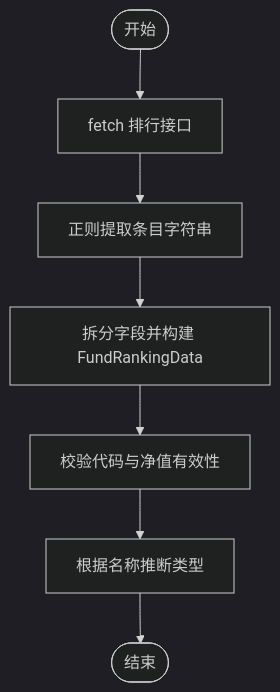
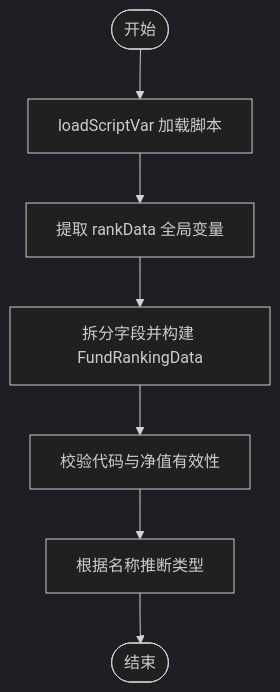
The sixth of 8 diagrams in .qoder/repowiki/zh/content/技术架构/数据流架构/数据转换管道/数据转换管道.md (Neveryu/react-fund), drawn with Mermaid (dark theme) before and after one commit. The commit also changed other lines of this file and 15 other files, not shown here.

````diff
--- a/.qoder/repowiki/zh/content/技术架构/数据流架构/数据转换管道/数据转换管道.md
+++ b/.qoder/repowiki/zh/content/技术架构/数据流架构/数据转换管道/数据转换管道.md
@@ -251,9 +254,9 @@
 ```mermaid
 flowchart TD
-Start(["开始"]) --> Fetch["fetch 排行接口"]
-Fetch --> Parse["正则提取条目字符串"]
-Parse --> Build["拆分字段并构建 FundRankingData"]
-Build --> Validate["校验代码与净值有效性"]
+Start(["开始"]) --> LoadScript["loadScriptVar 加载脚本"]
+LoadScript --> Extract["提取 rankData 全局变量"]
+Extract --> Parse["拆分字段并构建 FundRankingData"]
+Parse --> Validate["校验代码与净值有效性"]
 Validate --> TypeInfer["根据名称推断类型"]
 TypeInfer --> End(["结束"])
 ```
````
